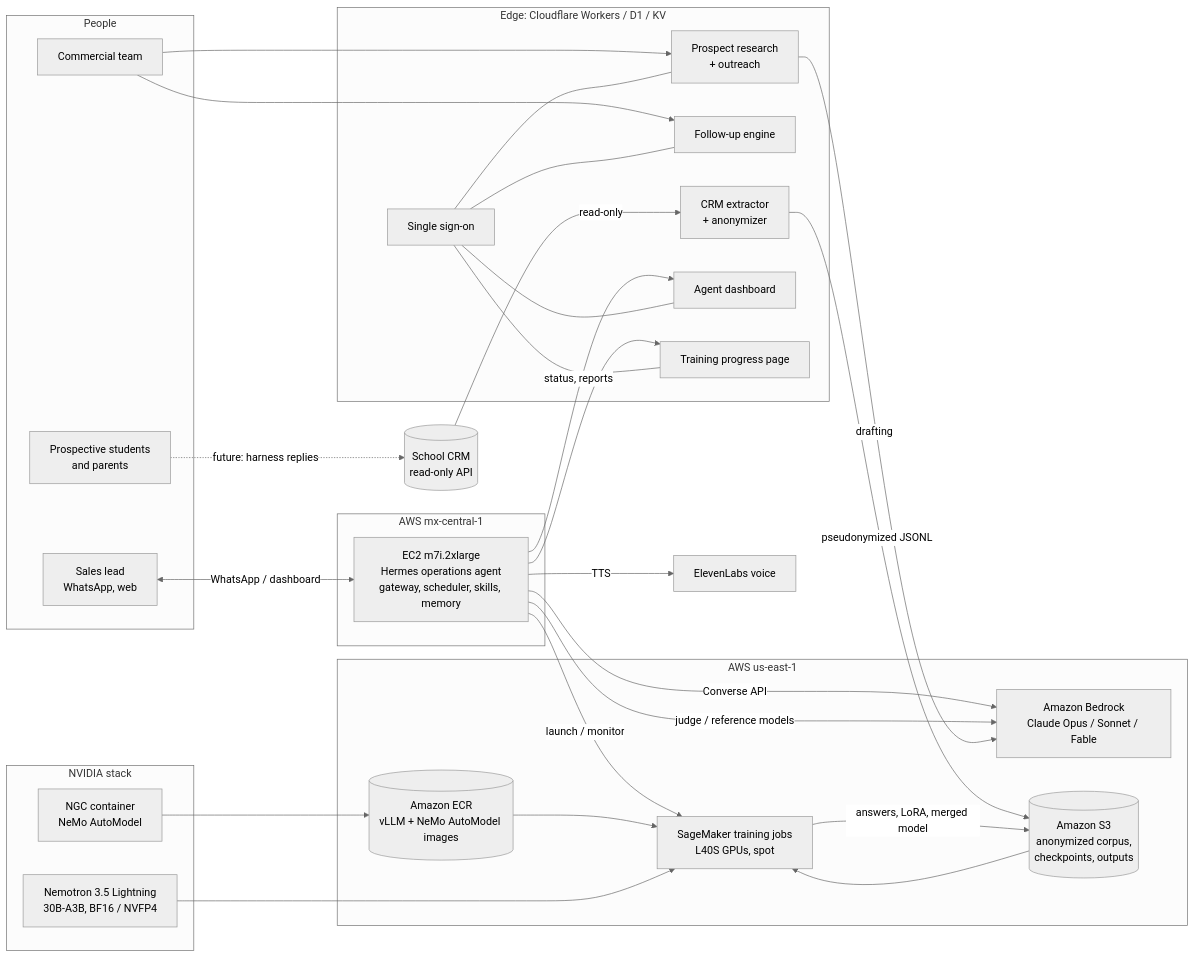
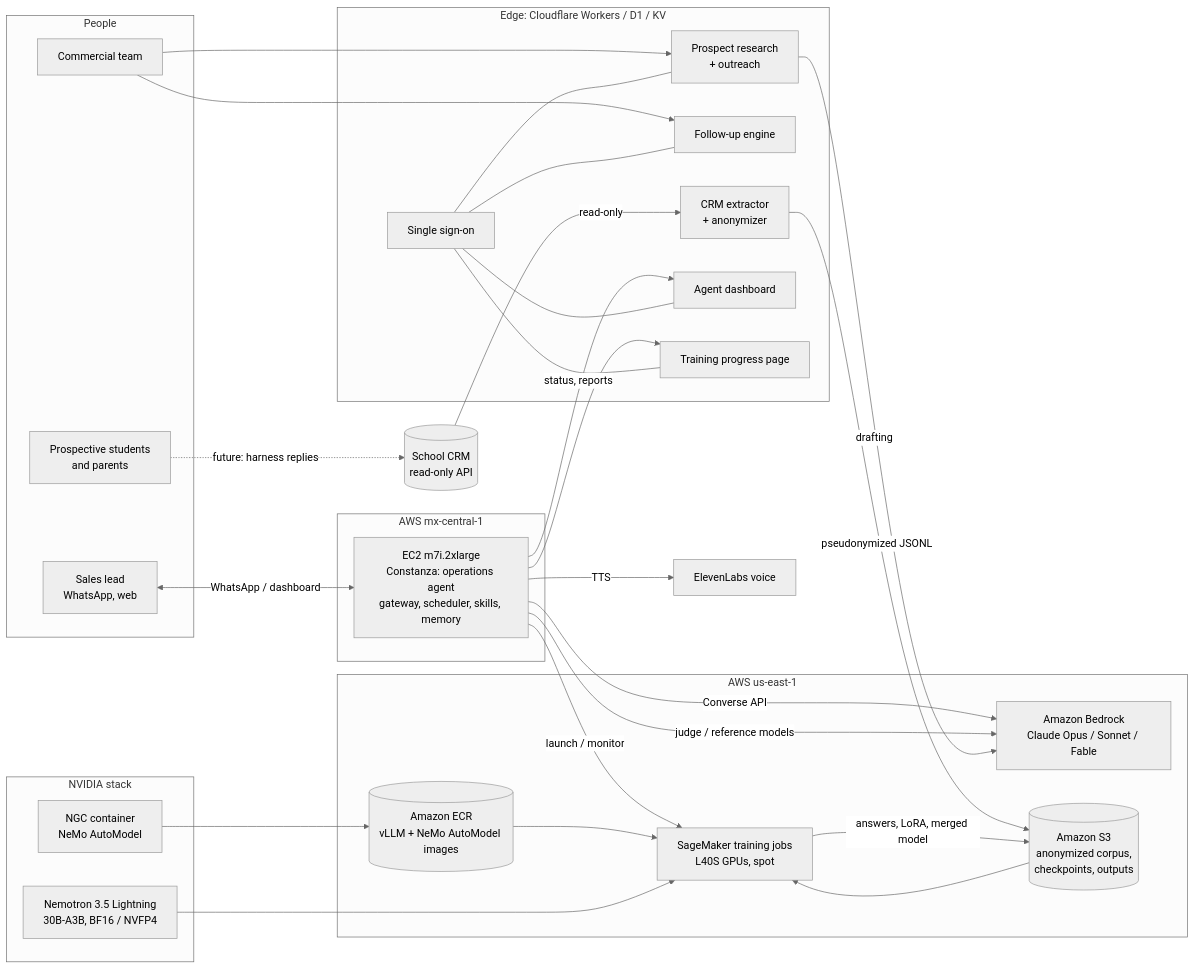
Before and after one commit to victorgalloo/superleads-ai-aws-nvidia: the first of 2 diagrams in docs/en/architecture.md, drawn with Mermaid (neutral theme). The commit also changed other lines of this file and 11 other files, not shown here.

````diff
--- a/docs/en/architecture.md
+++ b/docs/en/architecture.md
@@ -14,58 +14,58 @@
 ```mermaid
 flowchart LR
   subgraph People
     V[Sales lead<br/>WhatsApp, web]
     T[Commercial team]
     P[Prospective students<br/>and parents]
   end
 
   subgraph AWS_MX[AWS mx-central-1]
-    EC2[EC2 m7i.2xlarge<br/>Hermes operations agent<br/>gateway, scheduler, skills, memory]
+    EC2[EC2 m7i.2xlarge<br/>Constanza: operations agent<br/>gateway, scheduler, skills, memory]
   end
 
   subgraph AWS_US[AWS us-east-1]
     BR[Amazon Bedrock<br/>Claude Opus / Sonnet / Fable]
     S3[(Amazon S3<br/>anonymized corpus,<br/>checkpoints, outputs)]
     ECR[(Amazon ECR<br/>vLLM + NeMo AutoModel images)]
     SM[SageMaker training jobs<br/>L40S GPUs, spot]
   end
 
   subgraph NV[NVIDIA stack]
     NEM[Nemotron 3.5 Lightning<br/>30B-A3B, BF16 / NVFP4]
     NGC[NGC container<br/>NeMo AutoModel]
   end
 
   subgraph CF[Edge: Cloudflare Workers / D1 / KV]
     ANON[CRM extractor<br/>+ anonymizer]
     MC[Follow-up engine]
     HU[Prospect research<br/>+ outreach]
     SSO[Single sign-on]
     DASH[Agent dashboard]
     TRP[Training progress page]
   end
 
   CRM[(School CRM<br/>read-only API)]
   EL[ElevenLabs voice]
 
   V <-->|WhatsApp / dashboard| EC2
   EC2 -->|Converse API| BR
   EC2 -->|TTS| EL
   EC2 -->|status, reports| DASH
   EC2 -->|launch / monitor| SM
   CRM -->|read-only| ANON -->|pseudonymized JSONL| S3
   S3 --> SM
   ECR --> SM
   NGC --> ECR
   NEM --> SM
   SM -->|answers, LoRA, merged model| S3
   EC2 -->|judge / reference models| BR
   EC2 --> TRP
   T --> MC
   T --> HU
   HU -->|drafting| BR
   SSO --- MC
   SSO --- HU
   SSO --- DASH
   SSO --- TRP
   P -.->|future: harness replies| CRM
 ```
````
